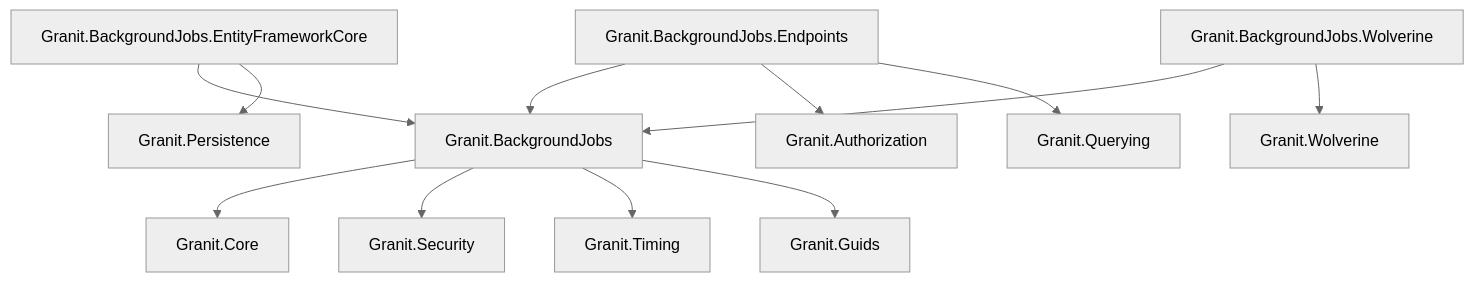
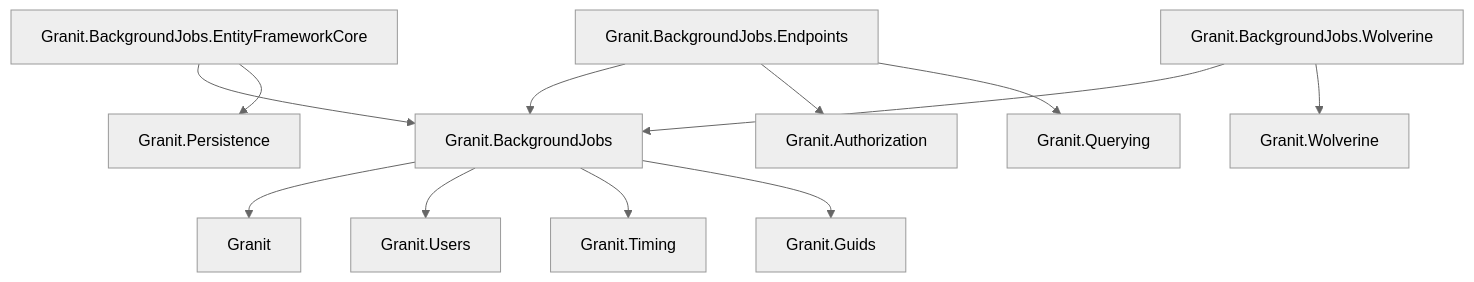
One commit to granit-fx/granit-dotnet changed the first of 3 diagrams in docs-site/src/content/docs/dotnet/infrastructure/background-jobs.mdx. Above: the diagram before and after it, drawn with Mermaid (neutral theme). The commit also changed other lines of this file and 153 other files, not shown here.

````diff
--- a/docs-site/src/content/docs/dotnet/infrastructure/background-jobs.mdx
+++ b/docs-site/src/content/docs/dotnet/infrastructure/background-jobs.mdx
@@ -36,14 +36,14 @@
 ```mermaid
 graph TD
-    BJ[Granit.BackgroundJobs] --> C[Granit.Core]
-    BJ --> S[Granit.Security]
+    BJ[Granit.BackgroundJobs] --> C[Granit]
+    BJ --> S[Granit.Users]
     BJ --> T[Granit.Timing]
     BJ --> G[Granit.Guids]
     EF[Granit.BackgroundJobs.EntityFrameworkCore] --> BJ
     EF --> P[Granit.Persistence]
     EP[Granit.BackgroundJobs.Endpoints] --> BJ
     EP --> A[Granit.Authorization]
     EP --> Q[Granit.Querying]
     W[Granit.BackgroundJobs.Wolverine] --> BJ
     W --> WM[Granit.Wolverine]
 ```
````
